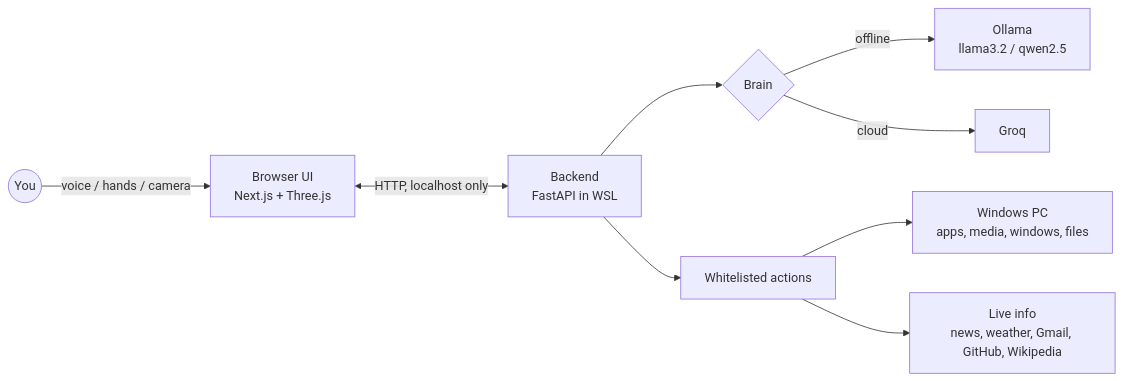
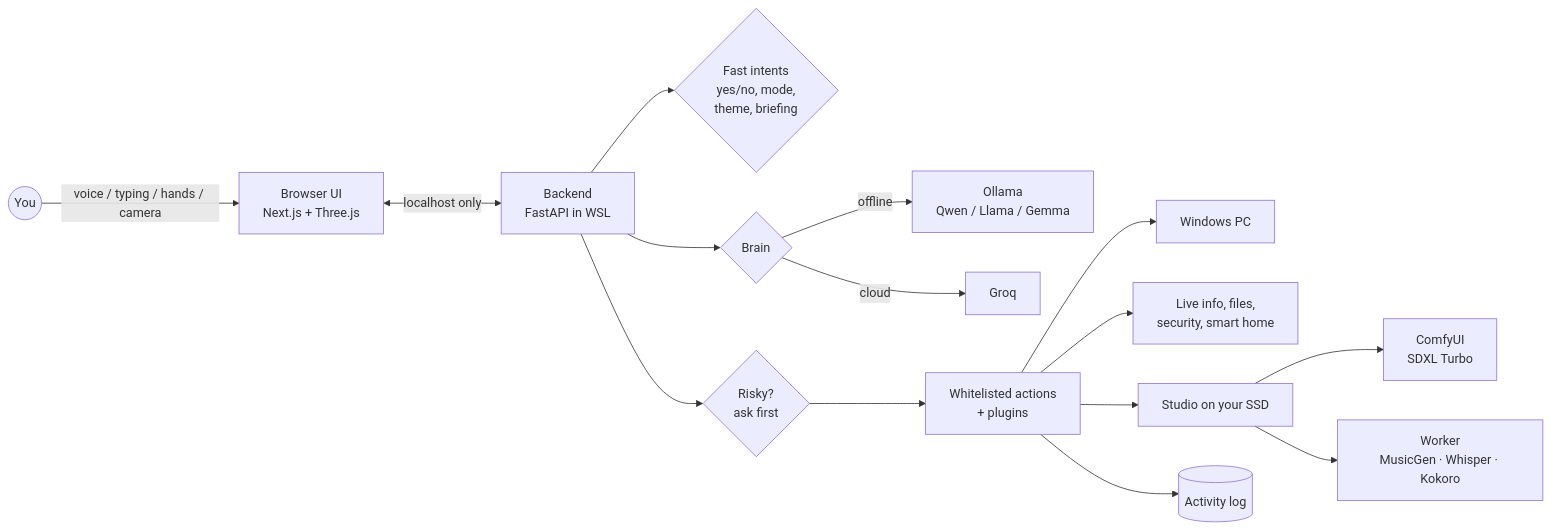
The diagram in README.md (neminorniel24-droid/nemin-s-FRIDAY), drawn with Mermaid before and after one commit. The commit also changed other lines of this file and 72 other files, not shown here.

Commit message:
NEMIII v17: studio, natural voice, progress bar, creations viewer, pause and stop

````diff
--- a/README.md
+++ b/README.md
@@ -41,11 +104,17 @@
 ```mermaid
 flowchart LR
-  you((You)) -- voice / hands / camera --> ui["Browser UI<br/>Next.js + Three.js"]
-  ui <-- HTTP, localhost only --> api["Backend<br/>FastAPI in WSL"]
+  you((You)) -- voice / typing / hands / camera --> ui["Browser UI<br/>Next.js + Three.js"]
+  ui <-- localhost only --> api["Backend<br/>FastAPI in WSL"]
+  api --> fast{"Fast intents<br/>yes/no, mode,<br/>theme, briefing"}
   api --> brain{"Brain"}
-  brain -- offline --> local["Ollama<br/>llama3.2 / qwen2.5"]
+  brain -- offline --> local["Ollama<br/>Qwen / Llama / Gemma"]
   brain -- cloud --> groq["Groq"]
-  api --> act["Whitelisted actions"]
-  act --> pc["Windows PC<br/>apps, media, windows, files"]
-  act --> info["Live info<br/>news, weather, Gmail, GitHub, Wikipedia"]
+  api --> gate{"Risky?<br/>ask first"}
+  gate --> act["Whitelisted actions<br/>+ plugins"]
+  act --> pc["Windows PC"]
+  act --> info["Live info, files,<br/>security, smart home"]
+  act --> studio["Studio on your SSD"]
+  studio --> comfy["ComfyUI<br/>SDXL Turbo"]
+  studio --> worker["Worker<br/>MusicGen · Whisper · Kokoro"]
+  act --> log[("Activity log")]
 ```
````
